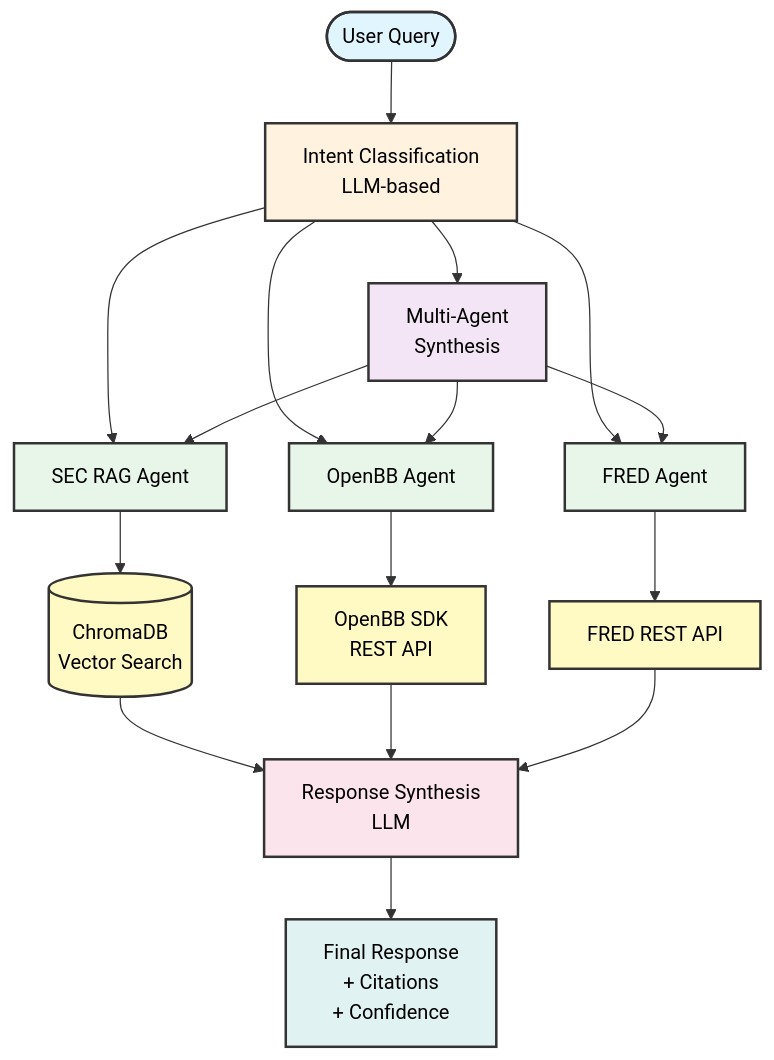
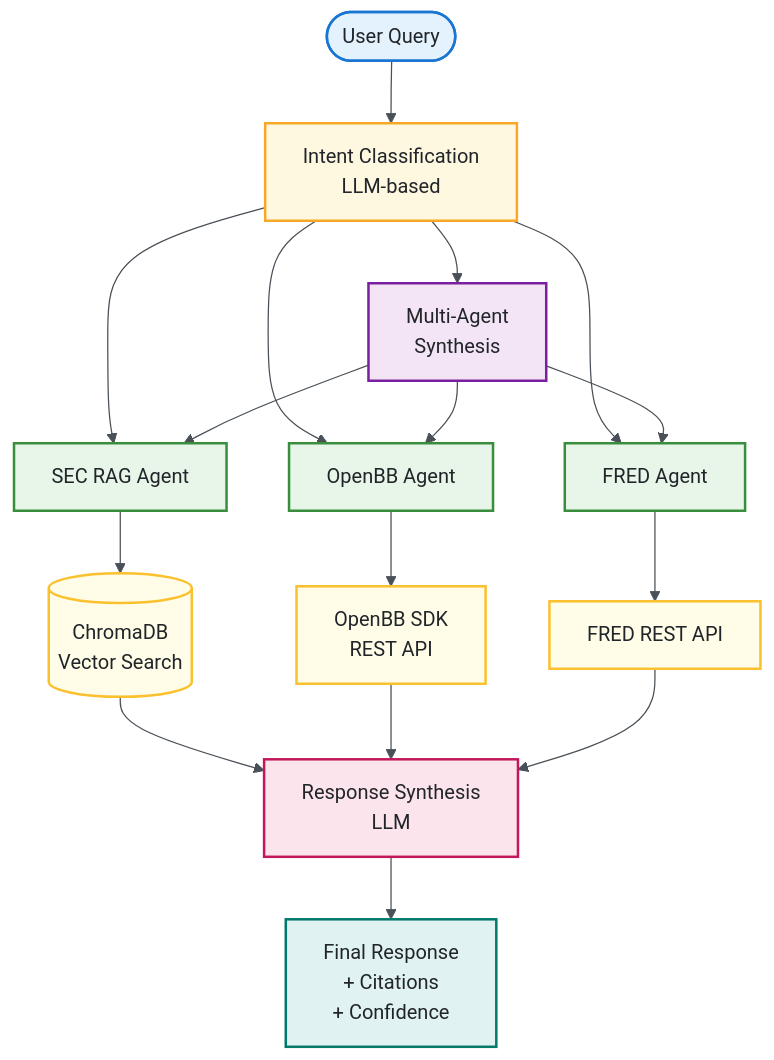
One commit to kaushikkumarkr/AlphaEdge changed the third of 3 diagrams in README.md. Above: the diagram before and after it, drawn with Mermaid. The commit also changed other lines of this file, not shown here.

````diff
--- a/README.md
+++ b/README.md
@@ -403,46 +363,38 @@
 ```mermaid
-%%{init: {'theme': 'base', 'themeVariables': { 'primaryColor':'#ffffff', 'primaryBorderColor':'#333333', 'primaryBkg':'#ffffff', 'primaryTextColor':'#000000', 'background':'#ffffff', 'mainBkg':'#ffffff', 'secondBkg':'#ffffff', 'clusterBkg':'#ffffff', 'clusterBorder':'#333333', 'lineColor':'#333333', 'edgeLabelBackground':'#ffffff'}, 'darkMode': false}}%%
+%%{init: {'theme': 'base', 'themeVariables': {'primaryColor':'#f8f9fa', 'primaryTextColor':'#212529', 'primaryBorderColor':'#495057', 'lineColor':'#495057', 'secondaryColor':'#e9ecef', 'tertiaryColor':'#dee2e6', 'background':'#ffffff', 'mainBkg':'#ffffff', 'secondBkg':'#f8f9fa', 'clusterBkg':'#f8f9fa', 'clusterBorder':'#495057', 'edgeLabelBackground':'#ffffff', 'nodeTextColor':'#212529'}, 'flowchart': {'htmlLabels': true, 'curve': 'basis'}}}%%
 graph TD
     Start([User Query]) --> Classify[Intent Classification<br/>LLM-based]
-    
+
     Classify --> SEC[SEC RAG Agent]
     Classify --> OBB[OpenBB Agent]
     Classify --> FRED[FRED Agent]
     Classify --> Multi[Multi-Agent<br/>Synthesis]
-    
+
     SEC --> Vector[(ChromaDB<br/>Vector Search)]
-    
+
     OBB --> OBBSDK[OpenBB SDK<br/>REST API]
-    
+
     FRED --> FREDAPI[FRED REST API]
-    
+
     Multi --> SEC
     Multi --> OBB
     Multi --> FRED
-    
+
     Vector --> Synthesize[Response Synthesis<br/>LLM]
     OBBSDK --> Synthesize
     FREDAPI --> Synthesize
-    
+
     Synthesize --> Final[Final Response<br/>+ Citations<br/>+ Confidence]
-    
-    style Start fill:#e1f5ff,stroke:#333,stroke-width:2px,color:#000
-    style Classify fill:#fff3e0,stroke:#333,stroke-width:2px,color:#000
-    style SEC fill:#e8f5e9,stroke:#333,stroke-width:2px,color:#000
-    style OBB fill:#e8f5e9,stroke:#333,stroke-width:2px,color:#000
-    style FRED fill:#e8f5e9,stroke:#333,stroke-width:2px,color:#000
-    style Multi fill:#f3e5f5,stroke:#333,stroke-width:2px,color:#000
-    style Vector fill:#fff9c4,stroke:#333,stroke-width:2px,color:#000
-    style OBBSDK fill:#fff9c4,stroke:#333,stroke-width:2px,color:#000
-    style FREDAPI fill:#fff9c4,stroke:#333,stroke-width:2px,color:#000
-    style Synthesize fill:#fce4ec,stroke:#333,stroke-width:2px,color:#000
-    style Final fill:#e0f2f1,stroke:#333,stroke-width:2px,color:#000
-    style FRED fill:#e8f5e9,stroke:#333,stroke-width:2px,color:#000
-    style Multi fill:#f3e5f5,stroke:#333,stroke-width:2px,color:#000
-    style Vector fill:#fff9c4,stroke:#333,stroke-width:2px,color:#000
-    style OBBSDK fill:#fff9c4,stroke:#333,stroke-width:2px,color:#000
-    style FREDAPI fill:#fff9c4,stroke:#333,stroke-width:2px,color:#000
-    style Synthesize fill:#fce4ec,stroke:#333,stroke-width:2px,color:#000
-    style Final fill:#e0f2f1,stroke:#333,stroke-width:2px,color:#000
-    style Final fill:#e0f2f1
+
+    style Start fill:#e3f2fd,stroke:#1976d2,stroke-width:2px,color:#212529
+    style Classify fill:#fff8e1,stroke:#f9a825,stroke-width:2px,color:#212529
+    style SEC fill:#e8f5e9,stroke:#388e3c,stroke-width:2px,color:#212529
+    style OBB fill:#e8f5e9,stroke:#388e3c,stroke-width:2px,color:#212529
+    style FRED fill:#e8f5e9,stroke:#388e3c,stroke-width:2px,color:#212529
+    style Multi fill:#f3e5f5,stroke:#7b1fa2,stroke-width:2px,color:#212529
+    style Vector fill:#fffde7,stroke:#fbc02d,stroke-width:2px,color:#212529
+    style OBBSDK fill:#fffde7,stroke:#fbc02d,stroke-width:2px,color:#212529
+    style FREDAPI fill:#fffde7,stroke:#fbc02d,stroke-width:2px,color:#212529
+    style Synthesize fill:#fce4ec,stroke:#c2185b,stroke-width:2px,color:#212529
+    style Final fill:#e0f2f1,stroke:#00796b,stroke-width:2px,color:#212529
 ```
````
